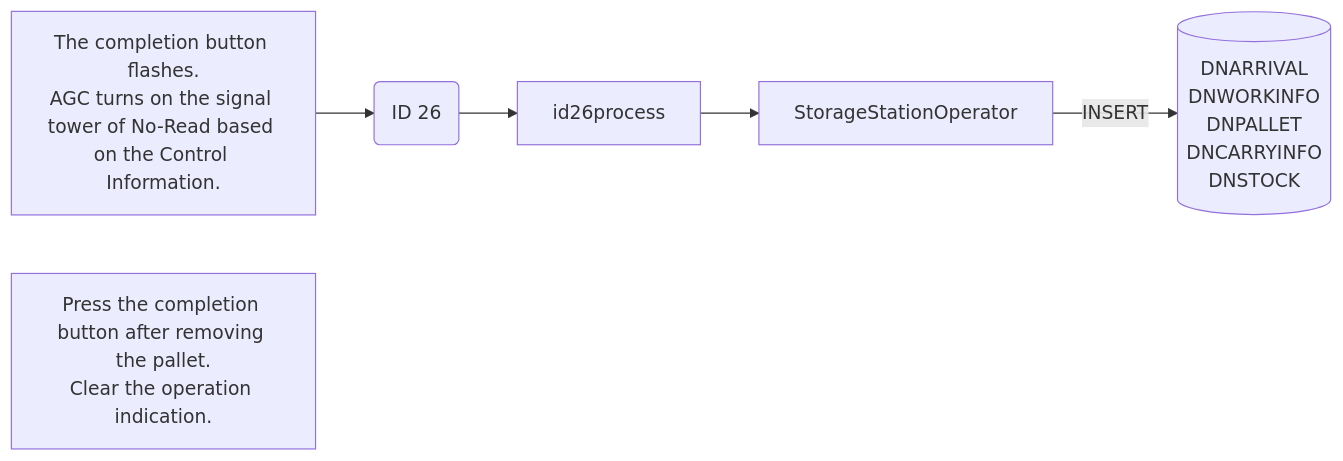
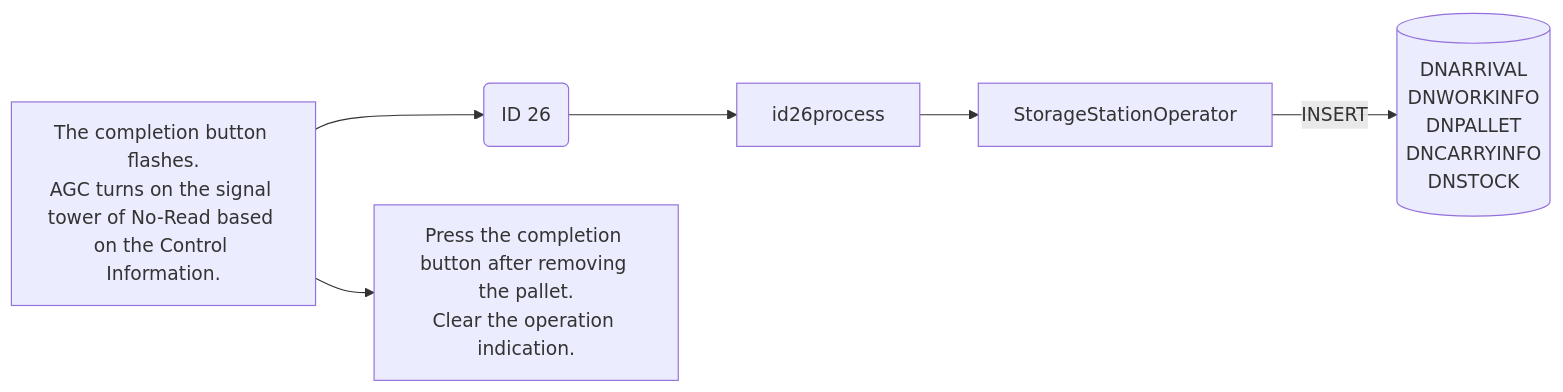
Before and after one commit to luthfiadityaa/SimeDarby-Wiki: the tenth of 10 diagrams in Basic-Design/DFD-WMS/Storage/Palletizing-Settting/Irregular-Cases.md, drawn with Mermaid.

Commit message:
Updated Irregular Cases

```diff
--- a/Basic-Design/DFD-WMS/Storage/Palletizing-Settting/Irregular-Cases.md
+++ b/Basic-Design/DFD-WMS/Storage/Palletizing-Settting/Irregular-Cases.md
@@ -428,30 +428,31 @@
 ::: mermaid
 flowchart LR
 
 releaseCommand["
 The completion button flashes.
 AGC turns on the signal tower of No-Read based on the Control Information. 
 "]
 
 id26msg("
 ID 26
 ")
 
 id26-insert[("
    DNARRIVAL
    DNWORKINFO
    DNPALLET
    DNCARRYINFO
    DNSTOCK		
 ")]
 
 storageStationOperator[StorageStationOperator]
 
 releaseCommand2["
 Press the completion button after removing the pallet.
 Clear the operation indication. 
 "]
 
+releaseCommand-->releaseCommand2
 releaseCommand-->id26msg-->id26process-->storageStationOperator
 storageStationOperator--> |INSERT| id26-insert
 :::
```
